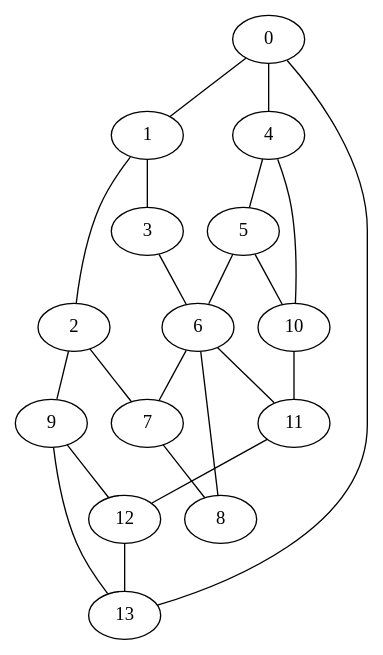
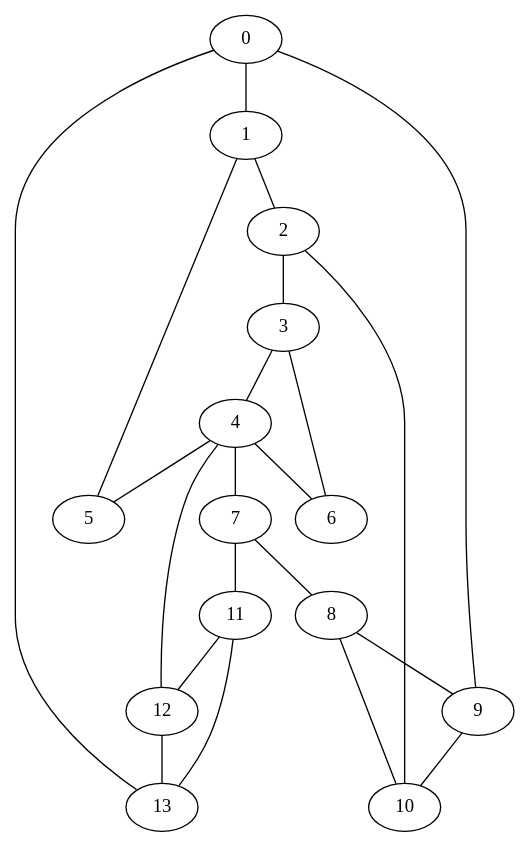
Before and after one commit to darkehis/LRPlanarityTest: the diagram in graphs/paperExample.dot, drawn with Graphviz. The commit also changed 8 other files, not shown here.

```diff
--- a/graphs/paperExample.dot
+++ b/graphs/paperExample.dot
@@ -1,37 +1,37 @@
 strict graph G {
   0;
   1;
   2;
   3;
   4;
   5;
   6;
   7;
   8;
   9;
   10;
   11;
   12;
   13;
   0 -- 1;
-  0 -- 4;
+  0 -- 9;
   0 -- 13;
   1 -- 2;
-  1 -- 3;
-  2 -- 7;
-  2 -- 9;
+  1 -- 5;
+  2 -- 3;
+  2 -- 10;
   3 -- 6;
+  3 -- 4;
   4 -- 5;
-  4 -- 10;
-  5 -- 10;
-  5 -- 6;
-  6 -- 11;
-  6 -- 7;
-  6 -- 8;
+  4 -- 6;
+  4 -- 7;
+  4 -- 12;
   7 -- 8;
-  9 -- 12;
-  9 -- 13;
-  10 -- 11;
+  7 -- 11;
+  8 -- 10;
+  8 -- 9;
+  9 -- 10;
   11 -- 12;
+  11 -- 13;
   12 -- 13;
 }
```
